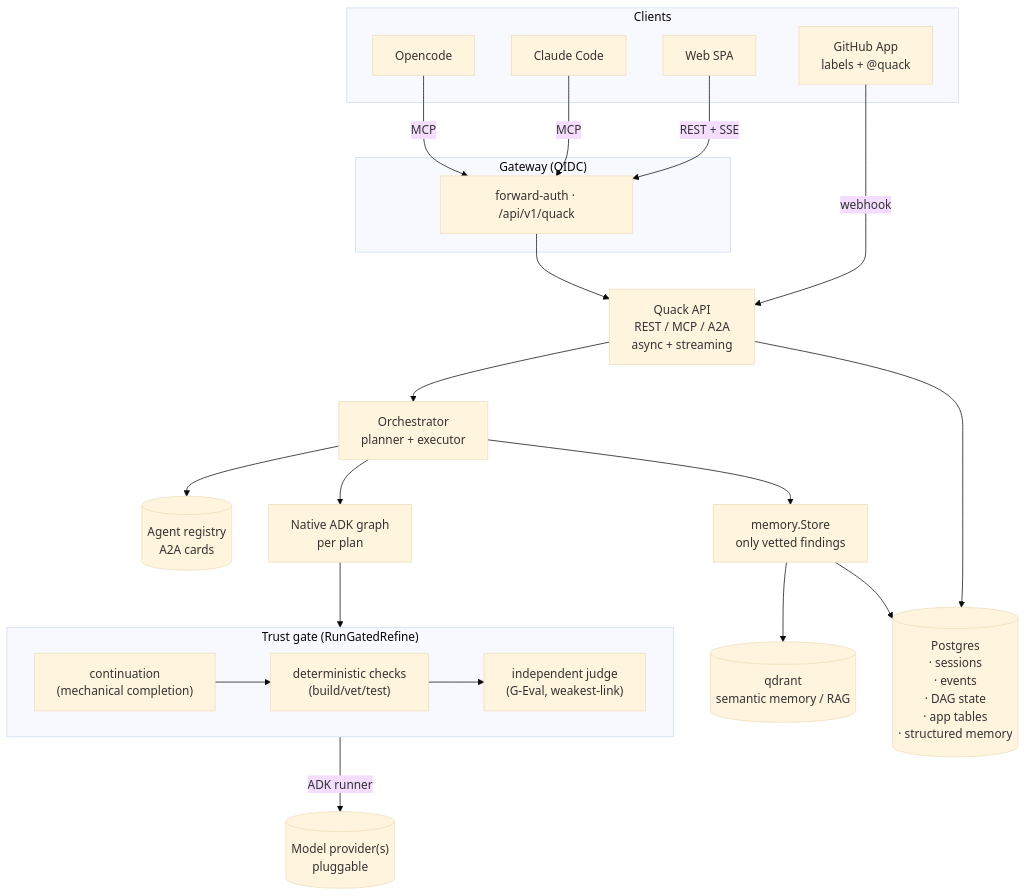
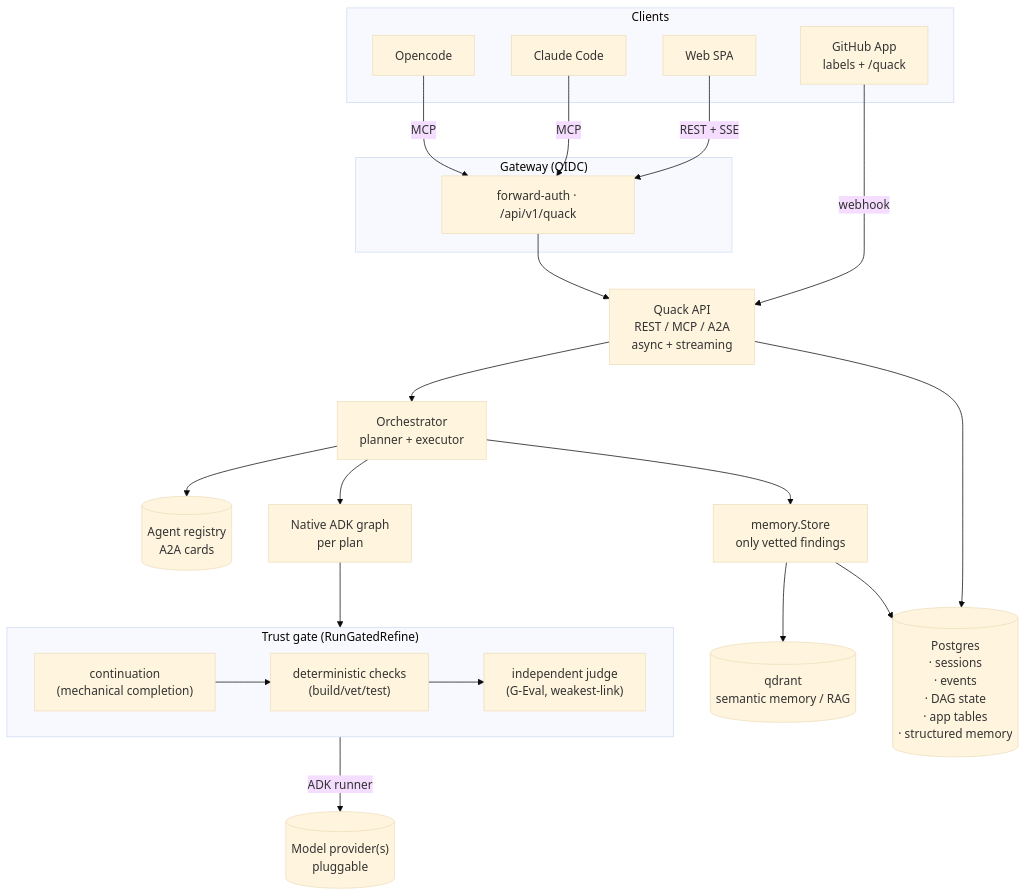
The diagram in README.md (fagerbergj/quack), drawn with Mermaid (base theme) before and after one commit. The commit also changed 14 other files, not shown here.

````diff
--- a/README.md
+++ b/README.md
@@ -44,34 +44,34 @@
 ```mermaid
 flowchart TB
   subgraph Clients
     OC["Opencode"]
     CC["Claude Code"]
     SPA["Web SPA"]
-    GH["GitHub App<br/>labels + @quack"]
+    GH["GitHub App<br/>labels + /quack"]
   end
 
   subgraph GW["Gateway (OIDC)"]
     FA["forward-auth · /api/v1/quack"]
   end
 
   OC -->|MCP| FA
   CC -->|MCP| FA
   SPA -->|REST + SSE| FA
   GH -->|webhook| API
 
   FA --> API["Quack API<br/>REST / MCP / A2A<br/>async + streaming"]
   API --> ORCH["Orchestrator<br/>planner + executor"]
   ORCH --> REG[("Agent registry<br/>A2A cards")]
   ORCH --> EX["Native ADK graph<br/>per plan"]
   EX --> NODE
 
   subgraph NODE["Trust gate (RunGatedRefine)"]
     CONT["continuation<br/>(mechanical completion)"] --> CHECK["deterministic checks<br/>(build/vet/test)"] --> JUDGE["independent judge<br/>(G-Eval, weakest-link)"]
   end
 
   NODE -->|ADK runner| LLM[("Model provider(s)<br/>pluggable")]
   ORCH --> MEM["memory.Store<br/>only vetted findings"]
   MEM --> QD[("qdrant<br/>semantic memory / RAG")]
   API --> PG[("Postgres<br/>· sessions <br>· events<br/>· DAG state<br>· app tables<br/>· structured memory")]
   MEM --> PG
 ```
````
